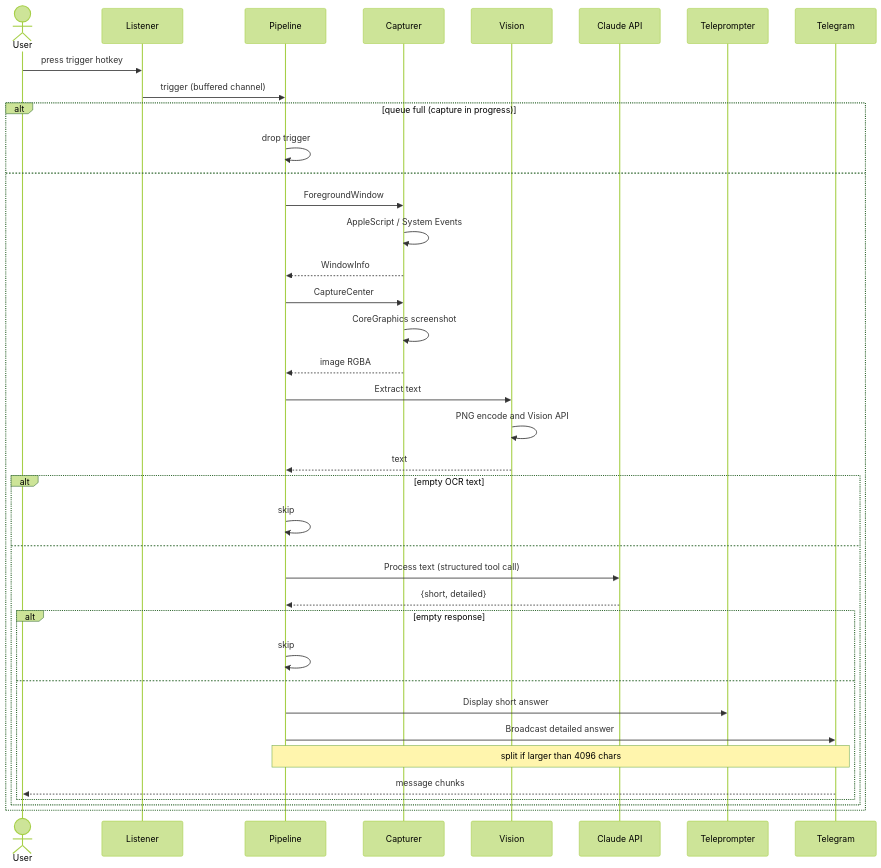
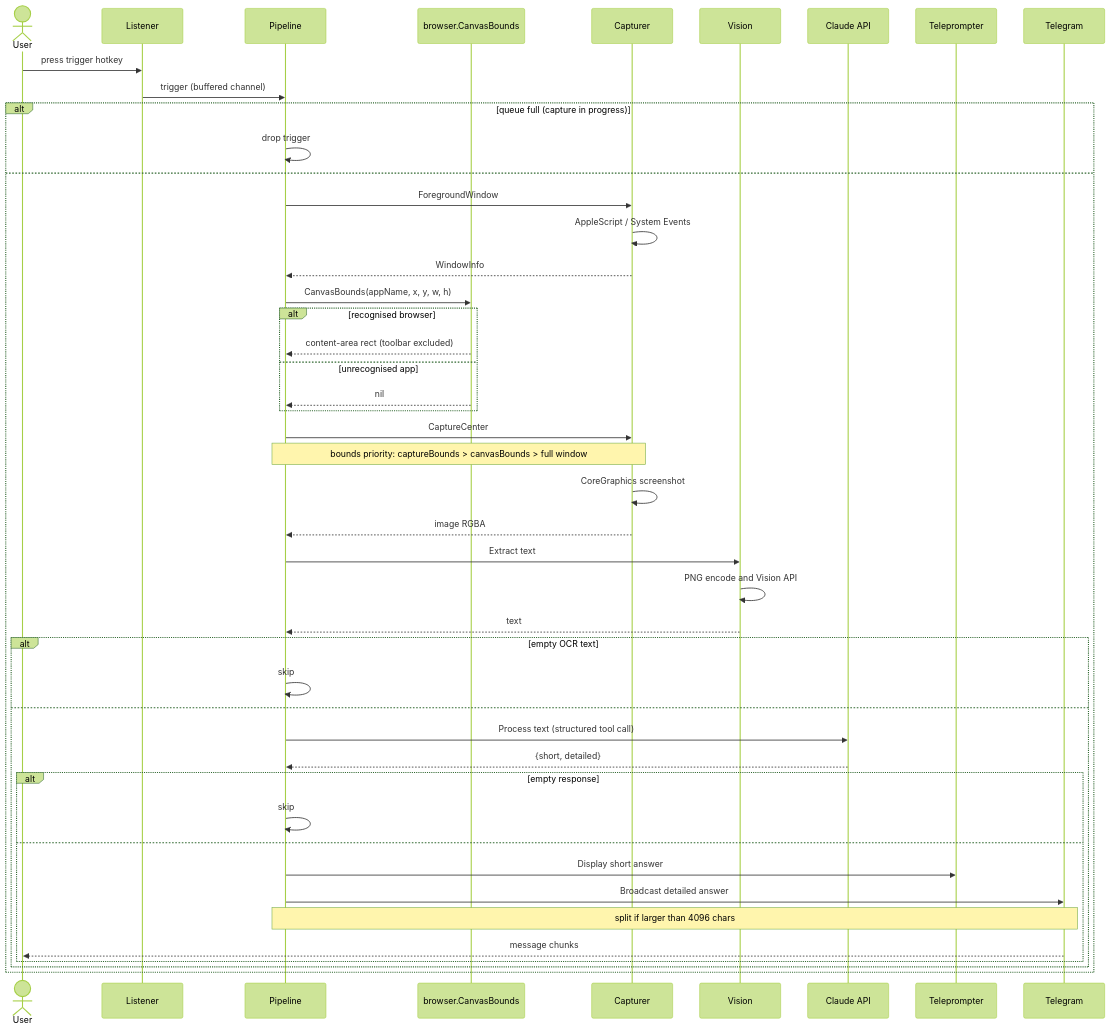
Before and after one commit to vdyalex/lens-daemon: the second of 3 diagrams in docs/ARCHITECTURE.md, drawn with Mermaid (forest theme). The commit also changed other lines of this file and 30 other files, not shown here.

First line of the commit message:
feat(browser): add canvas bounds detection for browser content-area capture (#19)

````diff
--- a/docs/ARCHITECTURE.md
+++ b/docs/ARCHITECTURE.md
@@ -133,46 +138,55 @@
 ```mermaid
 sequenceDiagram
     actor User
     participant Listener
     participant Pipeline
+    participant Browser as browser.CanvasBounds
     participant Capturer
     participant Vision
     participant Claude as Claude API
     participant Teleprompter
     participant Telegram
 
     User->>Listener: press trigger hotkey
     Listener->>Pipeline: trigger (buffered channel)
 
     alt queue full (capture in progress)
         Pipeline->>Pipeline: drop trigger
     else
         Pipeline->>Capturer: ForegroundWindow
         Capturer->>Capturer: AppleScript / System Events
         Capturer-->>Pipeline: WindowInfo
 
+        Pipeline->>Browser: CanvasBounds(appName, x, y, w, h)
+        alt recognised browser
+            Browser-->>Pipeline: content-area rect (toolbar excluded)
+        else unrecognised app
+            Browser-->>Pipeline: nil
+        end
+
         Pipeline->>Capturer: CaptureCenter
+        Note over Pipeline,Capturer: bounds priority: captureBounds > canvasBounds > full window
         Capturer->>Capturer: CoreGraphics screenshot
         Capturer-->>Pipeline: image RGBA
 
         Pipeline->>Vision: Extract text
         Vision->>Vision: PNG encode and Vision API
         Vision-->>Pipeline: text
 
         alt empty OCR text
             Pipeline->>Pipeline: skip
         else
             Pipeline->>Claude: Process text (structured tool call)
             Claude-->>Pipeline: {short, detailed}
 
             alt empty response
                 Pipeline->>Pipeline: skip
             else
                 Pipeline->>Teleprompter: Display short answer
                 Pipeline->>Telegram: Broadcast detailed answer
                 Note over Pipeline,Telegram: split if larger than 4096 chars
                 Telegram-->>User: message chunks
             end
         end
     end
 ```
````
